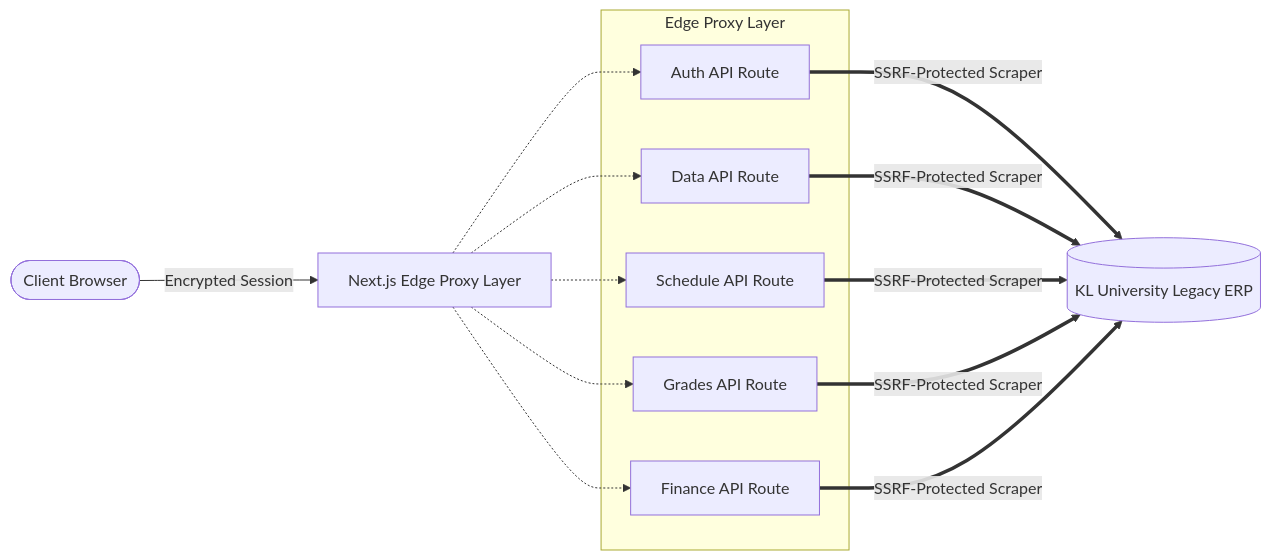
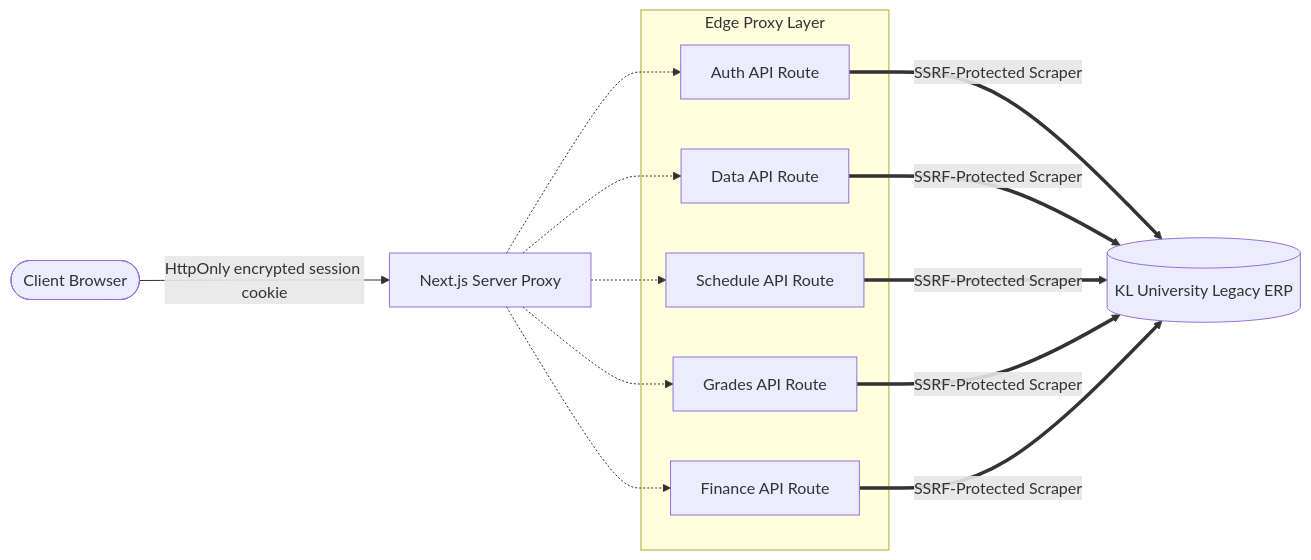
The diagram in README.md (tejaswin-amara/kl-sync), drawn with Mermaid before and after one commit. The commit also changed other lines of this file and 35 other files, not shown here.

````diff
--- a/README.md
+++ b/README.md
@@ -28,20 +27,20 @@
 ```mermaid
 flowchart LR
-    Client([Client Browser]) -->|Encrypted Session| Edge[Next.js Edge Proxy Layer]
+    Client([Client Browser]) -->|HttpOnly encrypted session cookie| Edge[Next.js Server Proxy]
 
     subgraph Edge Proxy Layer
         Auth[Auth API Route]
         Data[Data API Route]
         Schedule[Schedule API Route]
         Grades[Grades API Route]
         Finance[Finance API Route]
     end
 
     Edge -.-> Auth
     Edge -.-> Data
     Edge -.-> Schedule
     Edge -.-> Grades
     Edge -.-> Finance
 
     Auth & Data & Schedule & Grades & Finance ==>|SSRF-Protected Scraper| ERP[(KL University Legacy ERP)]
 ```
````
